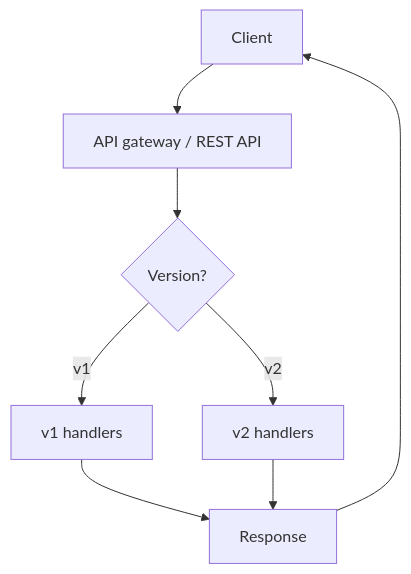
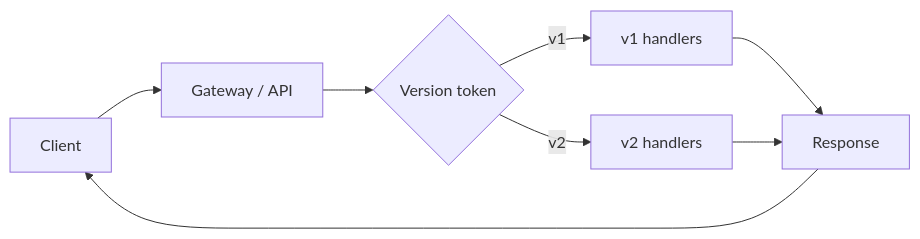
Before and after one commit to hareramcse/SystemDesign: diagram 14 of 28 in 07-api-design/README.md, drawn with Mermaid. The commit also changed other lines of this file and 14 other files, not shown here.

````diff
--- a/07-api-design/README.md
+++ b/07-api-design/README.md
@@ -1602,10 +1054,10 @@
 ```mermaid
-flowchart TB
-    C[Client] --> GW[API gateway / REST API]
-    GW --> V{Version?}
-    V -->|v1| L1[v1 handlers]
-    V -->|v2| L2[v2 handlers]
-    L1 --> R[Response]
-    L2 --> R
+flowchart LR
+    C[Client] --> GW[Gateway / API]
+    GW --> V{Version token}
+    V -->|v1| H1[v1 handlers]
+    V -->|v2| H2[v2 handlers]
+    H1 --> R[Response]
+    H2 --> R
     R --> C
 ```
````
